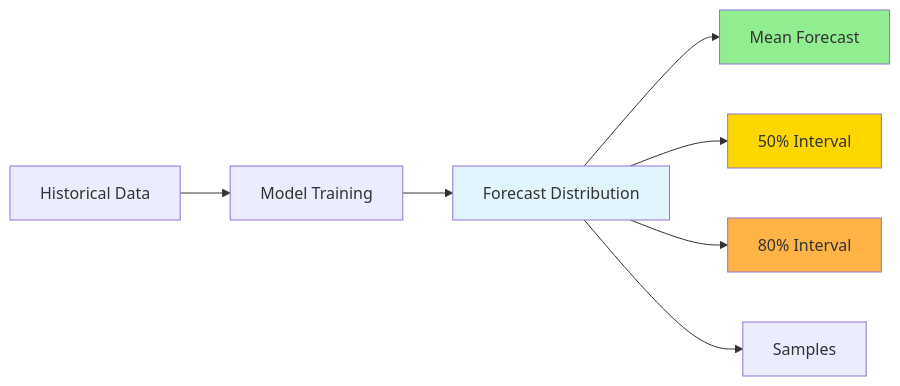
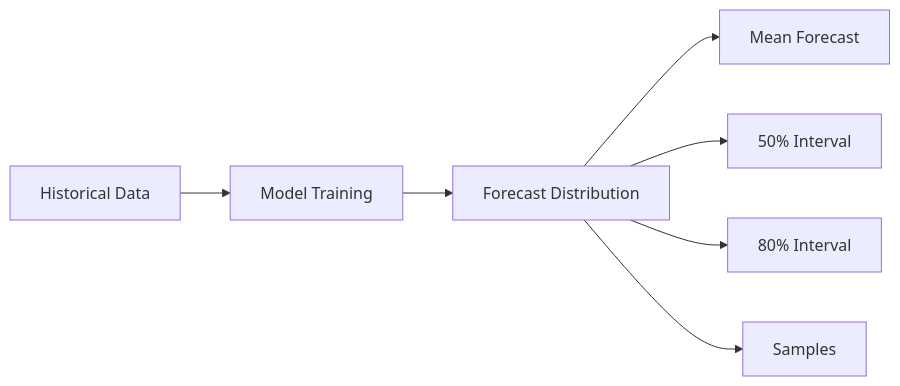
Before and after one commit to gpsaggese-org/umd_classes: the first of 4 diagrams in tutorials/blog_GluonTS.md, drawn with Mermaid. The commit also changed other lines of this file, not shown here.

````diff
--- a/tutorials/blog_GluonTS.md
+++ b/tutorials/blog_GluonTS.md
@@ -74,14 +55,10 @@
 ```mermaid
 graph LR
     A[Historical Data] --> B[Model Training]
     B --> C[Forecast Distribution]
     C --> D[Mean Forecast]
     C --> E[50% Interval]
     C --> F[80% Interval]
     C --> G[Samples]
     
-    style C fill:#e1f5ff
-    style D fill:#90ee90
-    style E fill:#ffd700
-    style F fill:#ffb347
 ```
````
